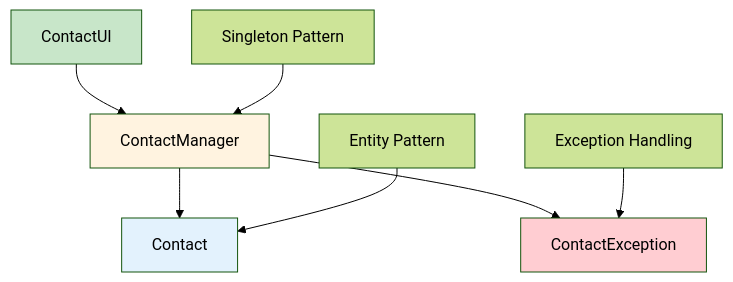
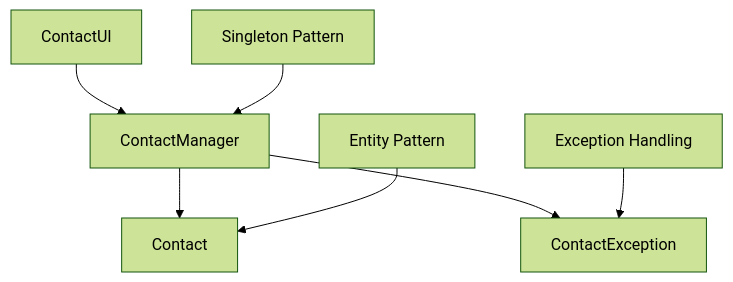
The second of 14 diagrams in DATA_STRUCTURES_TREES.md (TaiLoiZzzz/DSA_PROJECT), drawn with Mermaid (forest theme) before and after one commit. The commit also changed other lines of this file, not shown here.

````diff
--- a/DATA_STRUCTURES_TREES.md
+++ b/DATA_STRUCTURES_TREES.md
@@ -35,15 +28,10 @@
 ```mermaid
 graph TD
     A[ContactUI] --> B[ContactManager]
     B --> C[Contact]
     B --> D[ContactException]
-    
+
     A1[Singleton Pattern] --> B
     B1[Entity Pattern] --> C
     B2[Exception Handling] --> D
-    
-    style A fill:#c8e6c9
-    style B fill:#fff3e0
-    style C fill:#e3f2fd
-    style D fill:#ffcdd2
 ```
````
